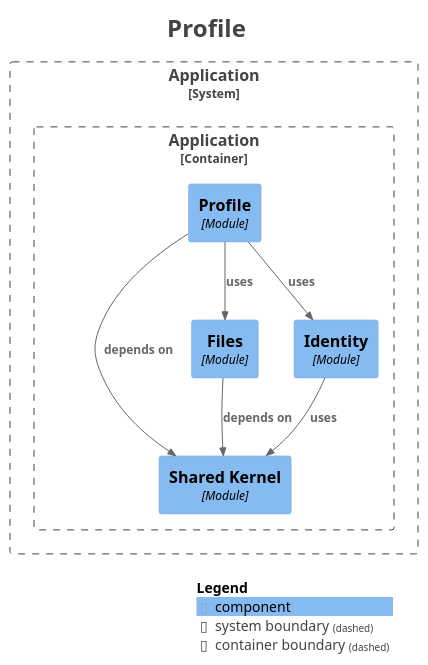
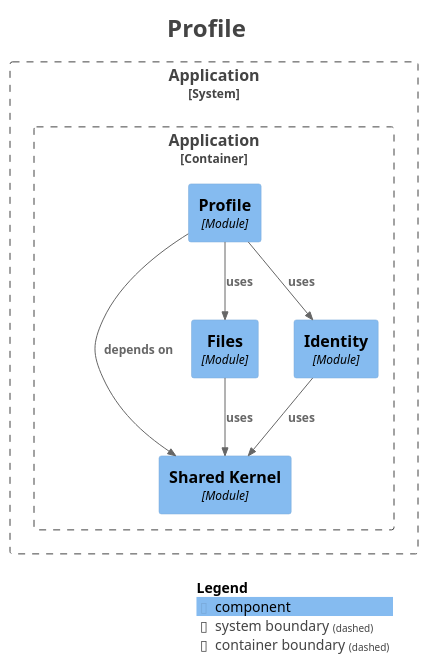
Before and after one commit to Paul-Ayesiga/enterprise-modulith-template: the diagram in docs/modulith/module-profile.puml, drawn with PlantUML. The commit also changed 61 other files, not shown here.

```diff
--- a/docs/modulith/module-profile.puml
+++ b/docs/modulith/module-profile.puml
@@ -1,36 +1,36 @@
 @startuml
 title <size:24>Profile</size>
 
 set separator none
 top to bottom direction
 
 <style>
   root {
     BackgroundColor: #ffffff
     FontColor: #444444
   }
 </style>
 
 !include <C4/C4>
 !include <C4/C4_Context>
 !include <C4/C4_Component>
 
 System_Boundary("Application_boundary", "Application", $tags="") {
   Container_Boundary("Application.Application_boundary", "Application", $tags="") {
     Component(Application.Application.Profile, "Profile", $techn="Module", $descr="", $tags="", $link="")
     Component(Application.Application.SharedKernel, "Shared Kernel", $techn="Module", $descr="", $tags="", $link="")
     Component(Application.Application.Files, "Files", $techn="Module", $descr="", $tags="", $link="")
     Component(Application.Application.Identity, "Identity", $techn="Module", $descr="", $tags="", $link="")
   }
 
 }
 
-Rel(Application.Application.Files, Application.Application.SharedKernel, "depends on", $techn="", $tags="", $link="")
+Rel(Application.Application.Identity, Application.Application.SharedKernel, "uses", $techn="", $tags="", $link="")
+Rel(Application.Application.Files, Application.Application.SharedKernel, "uses", $techn="", $tags="", $link="")
 Rel(Application.Application.Profile, Application.Application.SharedKernel, "depends on", $techn="", $tags="", $link="")
 Rel(Application.Application.Profile, Application.Application.Identity, "uses", $techn="", $tags="", $link="")
 Rel(Application.Application.Profile, Application.Application.Files, "uses", $techn="", $tags="", $link="")
-Rel(Application.Application.Identity, Application.Application.SharedKernel, "uses", $techn="", $tags="", $link="")
 
 SHOW_LEGEND(true)
 hide stereotypes
 @enduml
```
